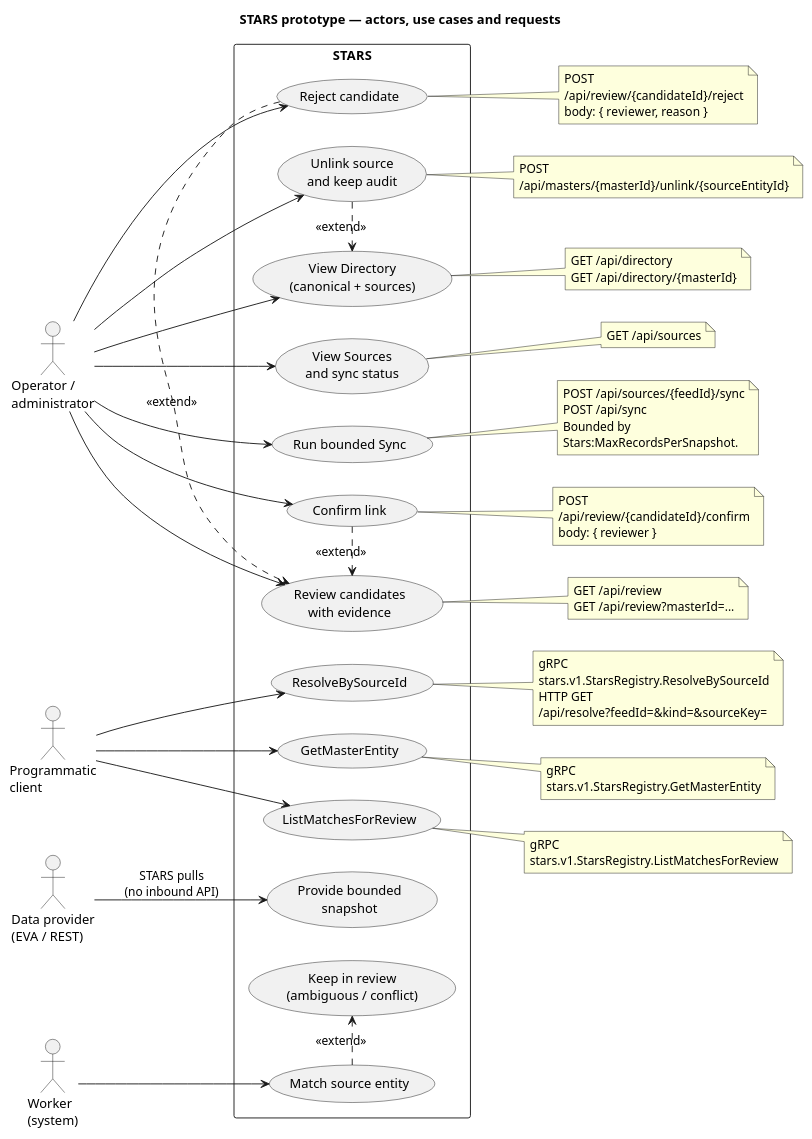
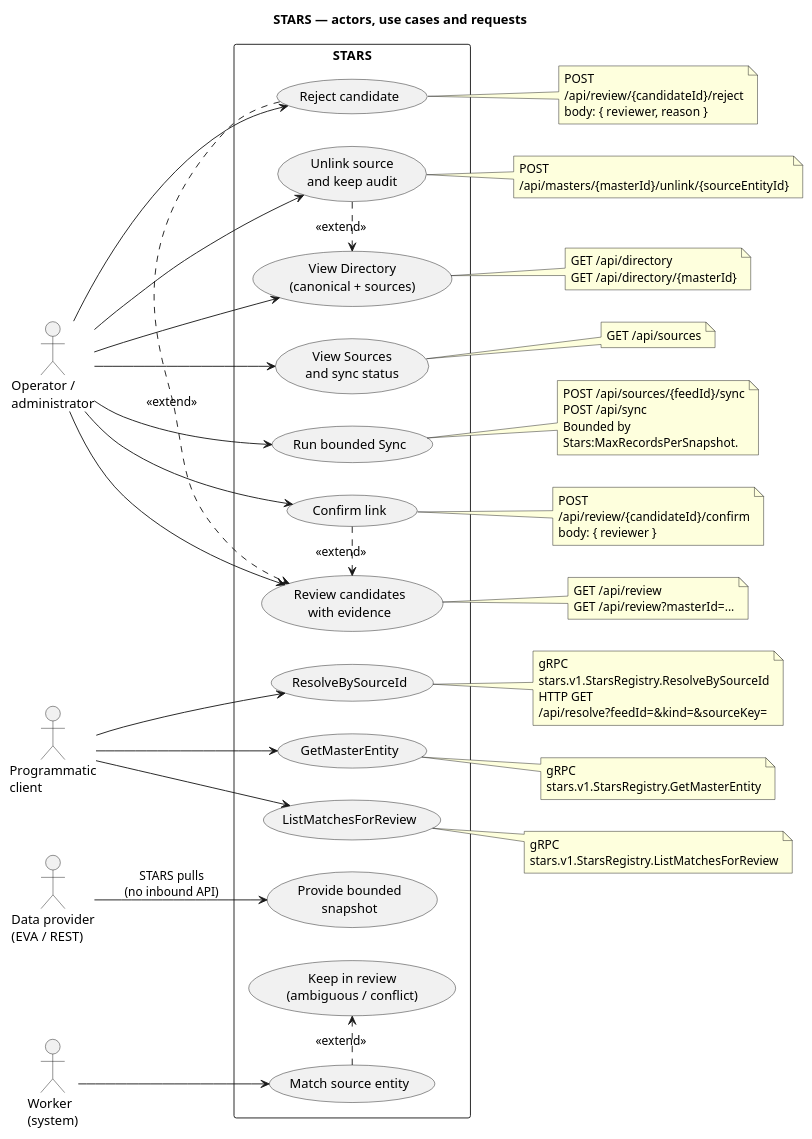
Before and after one commit to zollidan/stars: the diagram in docs/diagrams/04-use-cases.puml, drawn with PlantUML. The commit also changed 50 other files, not shown here.

```diff
--- a/docs/diagrams/04-use-cases.puml
+++ b/docs/diagrams/04-use-cases.puml
@@ -1,95 +1,95 @@
 @startuml STARS_Use_Cases
-title STARS prototype — actors, use cases and requests
+title STARS — actors, use cases and requests
 
 skinparam wrapWidth 220
 left to right direction
 
 actor "Operator /\nadministrator" as OP
 actor "Programmatic\nclient" as CLIENT
 actor "Data provider\n(EVA / REST)" as PROVIDER
 actor "Worker\n(system)" as WORKER
 
 rectangle "STARS" {
   usecase "View Sources\nand sync status" as UC_SOURCES
   usecase "Run bounded Sync" as UC_SYNC
   usecase "View Directory\n(canonical + sources)" as UC_DIRECTORY
   usecase "Review candidates\nwith evidence" as UC_REVIEW
   usecase "Confirm link" as UC_CONFIRM
   usecase "Reject candidate" as UC_REJECT
   usecase "Unlink source\nand keep audit" as UC_UNLINK
   usecase "Provide bounded\nsnapshot" as UC_PROVIDE
   usecase "ResolveBySourceId" as UC_RESOLVE
   usecase "GetMasterEntity" as UC_MASTER
   usecase "ListMatchesForReview" as UC_LIST
   usecase "Match source entity" as UC_MATCH
   usecase "Keep in review\n(ambiguous / conflict)" as UC_HOLD
 }
 
 OP --> UC_SOURCES
 OP --> UC_SYNC
 OP --> UC_DIRECTORY
 OP --> UC_REVIEW
 OP --> UC_CONFIRM
 OP --> UC_REJECT
 OP --> UC_UNLINK
 
 CLIENT --> UC_RESOLVE
 CLIENT --> UC_MASTER
 CLIENT --> UC_LIST
 
 PROVIDER --> UC_PROVIDE : STARS pulls\n(no inbound API)
 WORKER --> UC_MATCH
 
 UC_CONFIRM .> UC_REVIEW : <<extend>>
 UC_REJECT .> UC_REVIEW : <<extend>>
 UC_UNLINK .> UC_DIRECTORY : <<extend>>
 UC_MATCH .> UC_HOLD : <<extend>>
 
 note right of UC_SYNC
   POST /api/sources/{feedId}/sync
   POST /api/sync
   Bounded by Stars:MaxRecordsPerSnapshot.
 end note
 
 note right of UC_SOURCES
   GET /api/sources
 end note
 
 note right of UC_DIRECTORY
   GET /api/directory
   GET /api/directory/{masterId}
 end note
 
 note right of UC_REVIEW
   GET /api/review
   GET /api/review?masterId=...
 end note
 
 note right of UC_CONFIRM
   POST /api/review/{candidateId}/confirm
   body: { reviewer }
 end note
 
 note right of UC_REJECT
   POST /api/review/{candidateId}/reject
   body: { reviewer, reason }
 end note
 
 note right of UC_UNLINK
   POST /api/masters/{masterId}/unlink/{sourceEntityId}
 end note
 
 note right of UC_RESOLVE
   gRPC stars.v1.StarsRegistry.ResolveBySourceId
   HTTP GET /api/resolve?feedId=&kind=&sourceKey=
 end note
 
 note right of UC_MASTER
   gRPC stars.v1.StarsRegistry.GetMasterEntity
 end note
 
 note right of UC_LIST
   gRPC stars.v1.StarsRegistry.ListMatchesForReview
 end note
 
 @enduml
```
